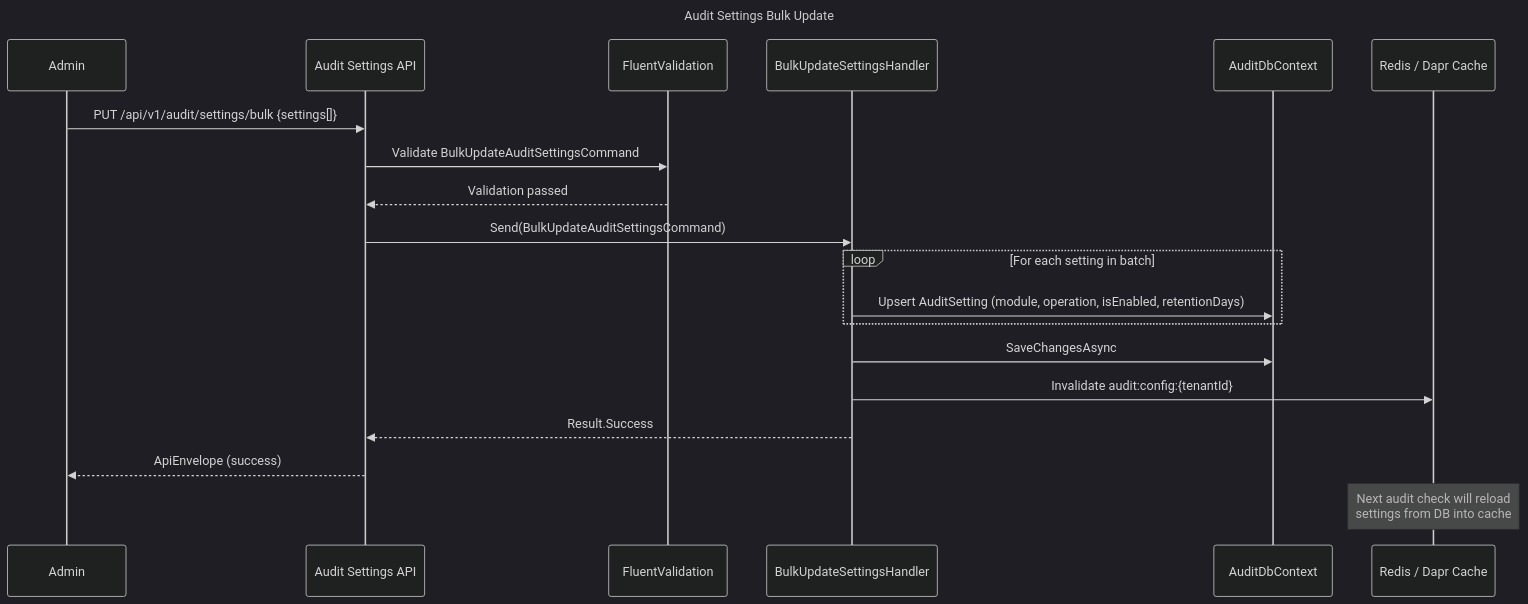
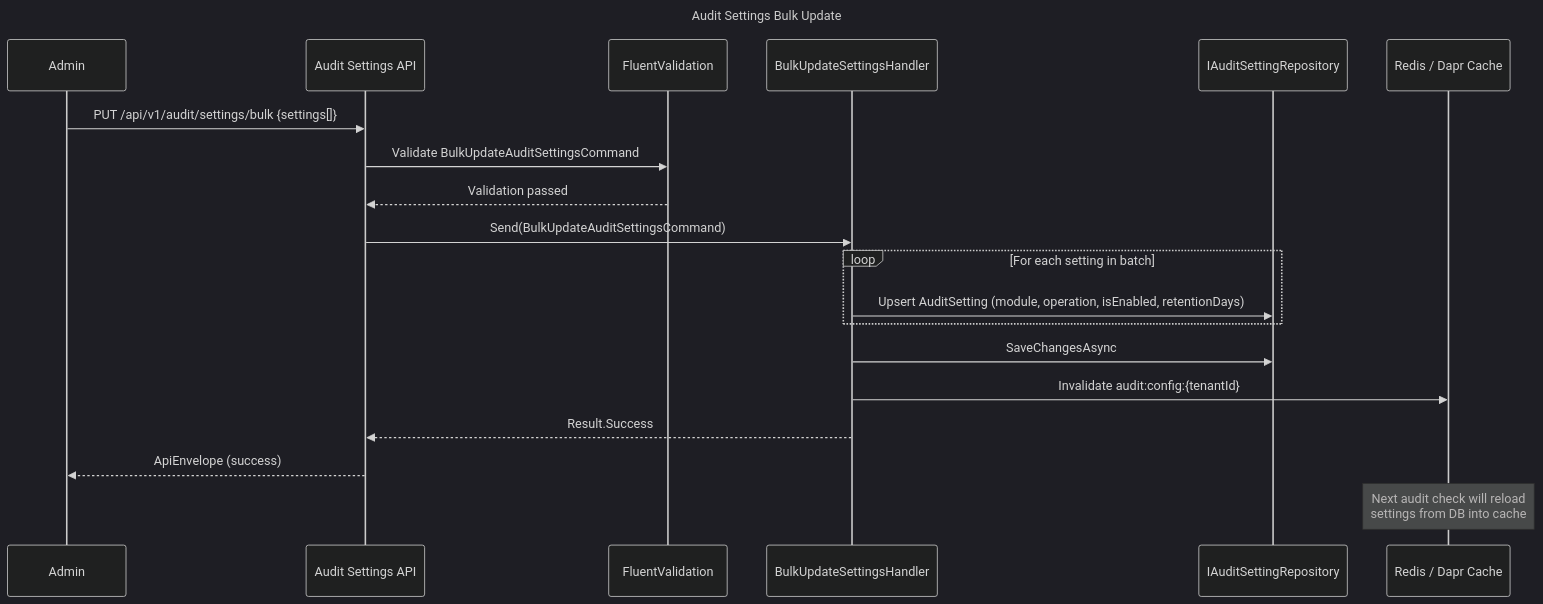
The third of 7 diagrams in docs/modules/audit/SPEC.md (cemililik/Nexora), drawn with Mermaid (dark theme) before and after one commit. The commit also changed other lines of this file and 39 other files, not shown here.

````diff
--- a/docs/modules/audit/SPEC.md
+++ b/docs/modules/audit/SPEC.md
@@ -93,26 +93,26 @@
 ```mermaid
 ---
 title: Audit Settings Bulk Update
 ---
 sequenceDiagram
     participant Admin
     participant API as Audit Settings API
     participant Validator as FluentValidation
     participant Handler as BulkUpdateSettingsHandler
-    participant DB as AuditDbContext
+    participant Repo as IAuditSettingRepository
     participant Cache as Redis / Dapr Cache
 
     Admin->>API: PUT /api/v1/audit/settings/bulk {settings[]}
     API->>Validator: Validate BulkUpdateAuditSettingsCommand
     Validator-->>API: Validation passed
     API->>Handler: Send(BulkUpdateAuditSettingsCommand)
     loop For each setting in batch
-        Handler->>DB: Upsert AuditSetting (module, operation, isEnabled, retentionDays)
+        Handler->>Repo: Upsert AuditSetting (module, operation, isEnabled, retentionDays)
     end
-    Handler->>DB: SaveChangesAsync
+    Handler->>Repo: SaveChangesAsync
     Handler->>Cache: Invalidate audit:config:{tenantId}
     Handler-->>API: Result.Success
     API-->>Admin: ApiEnvelope (success)
 
     Note over Cache: Next audit check will reload<br/>settings from DB into cache
 ```
````
